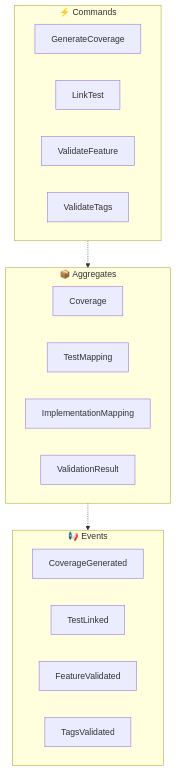
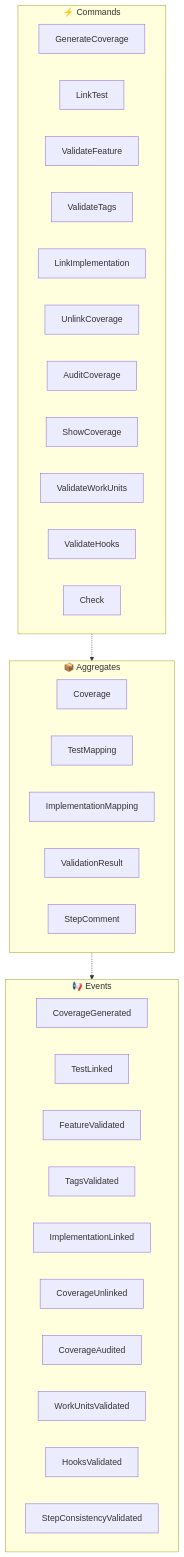
One commit to sengac/fspec changed the seventh of 12 diagrams in spec/FOUNDATION.md. Above: the diagram before and after it, drawn with Mermaid. The commit also changed other lines of this file and 365 other files, not shown here.

Commit message:
feat(cli): port add-aggregate, add-capability, add-command, add-dependencies, add-diagram, add-domain-event, add-example, add-persona, add-policy, add-question, add-rule, and other add-* commands to Rust with canonical.rs refactor

````diff
--- a/spec/FOUNDATION.md
+++ b/spec/FOUNDATION.md
@@ -364,26 +624,40 @@
 ```mermaid
 flowchart TB
   subgraph Commands["⚡ Commands"]
     C75[GenerateCoverage]
     C76[LinkTest]
     C77[ValidateFeature]
     C78[ValidateTags]
+    C233[LinkImplementation]
+    C234[UnlinkCoverage]
+    C235[AuditCoverage]
+    C236[ShowCoverage]
+    C237[ValidateWorkUnits]
+    C238[ValidateHooks]
+    C239[Check]
   end
 
   subgraph Aggregates["📦 Aggregates"]
     A27[Coverage]
     A28[TestMapping]
     A29[ImplementationMapping]
     A30[ValidationResult]
+    A108[StepComment]
   end
 
   subgraph Events["📢 Events"]
     E51[CoverageGenerated]
     E52[TestLinked]
     E53[FeatureValidated]
     E54[TagsValidated]
+    E227[ImplementationLinked]
+    E228[CoverageUnlinked]
+    E229[CoverageAudited]
+    E230[WorkUnitsValidated]
+    E231[HooksValidated]
+    E232[StepConsistencyValidated]
   end
 
   Commands -.-> Aggregates
   Aggregates -.-> Events
 ```
````
